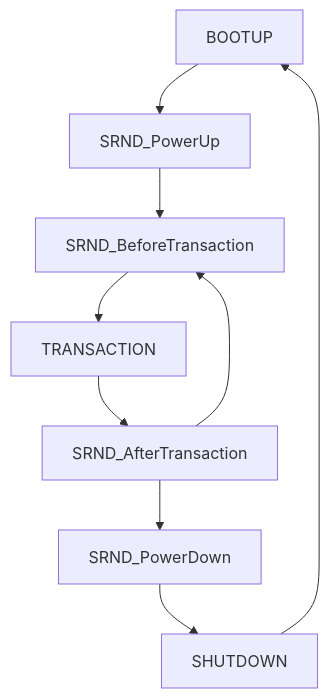
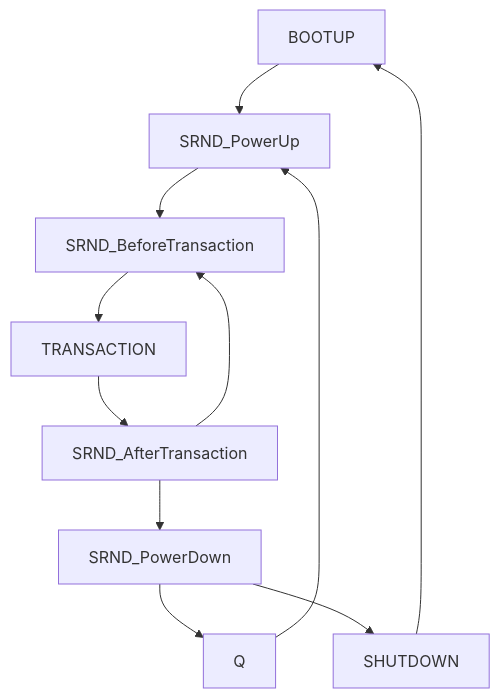
Before and after one commit to diffstorm/SRND: the diagram in Readme.md, drawn with Mermaid.

Commit message:
readme update

````diff
--- a/Readme.md
+++ b/Readme.md
@@ -93,11 +93,13 @@
 ```mermaid
 graph TD;
     BOOTUP-->SRND_PowerUp;
+	Q-->SRND_PowerUp;
     SRND_PowerUp-->SRND_BeforeTransaction;
     SRND_BeforeTransaction-->TRANSACTION;
     TRANSACTION-->SRND_AfterTransaction;
     SRND_AfterTransaction-->SRND_BeforeTransaction;
     SRND_AfterTransaction-->SRND_PowerDown;
-    SRND_PowerDown-->SHUTDOWN;
+    SRND_PowerDown-->Q;
+	SRND_PowerDown-->SHUTDOWN;
 	SHUTDOWN-->BOOTUP;
 ```
````
